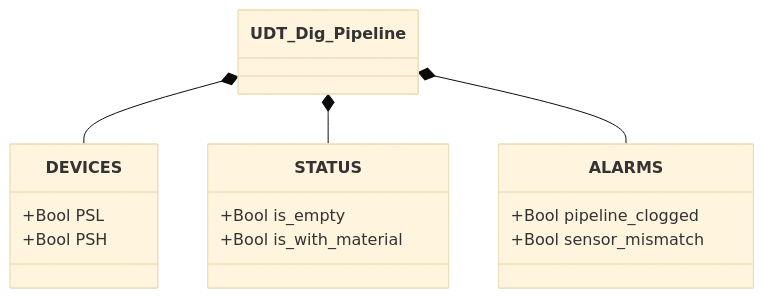
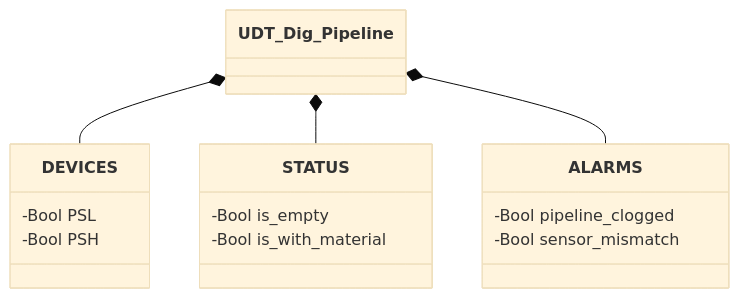
One commit to AleFire99/TIA_knowledge changed the diagram in docs/it/library/pipeline/digital/index.md. Above: the diagram before and after it, drawn with Mermaid (base theme). The commit also changed other lines of this file and 14 other files, not shown here.

````diff
--- a/docs/it/library/pipeline/digital/index.md
+++ b/docs/it/library/pipeline/digital/index.md
@@ -71,19 +13,19 @@
 ```mermaid
 classDiagram
     class UDT_Dig_Pipeline
     class DEVICES {
-        +Bool PSL
-        +Bool PSH
+        -Bool PSL
+        -Bool PSH
     }
     class STATUS {
-        +Bool is_empty
-        +Bool is_with_material
+        -Bool is_empty
+        -Bool is_with_material
     }
     class ALARMS {
-        +Bool pipeline_clogged
-        +Bool sensor_mismatch
+        -Bool pipeline_clogged
+        -Bool sensor_mismatch
     }
     UDT_Dig_Pipeline *-- DEVICES
     UDT_Dig_Pipeline *-- STATUS
     UDT_Dig_Pipeline *-- ALARMS
 ```
````
